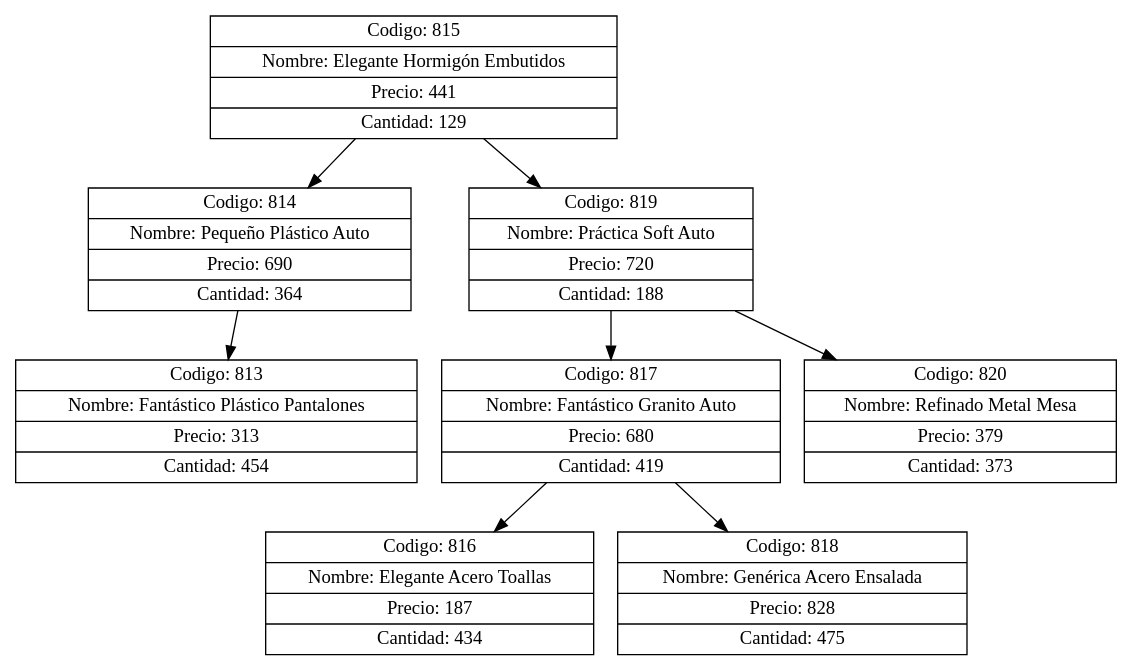
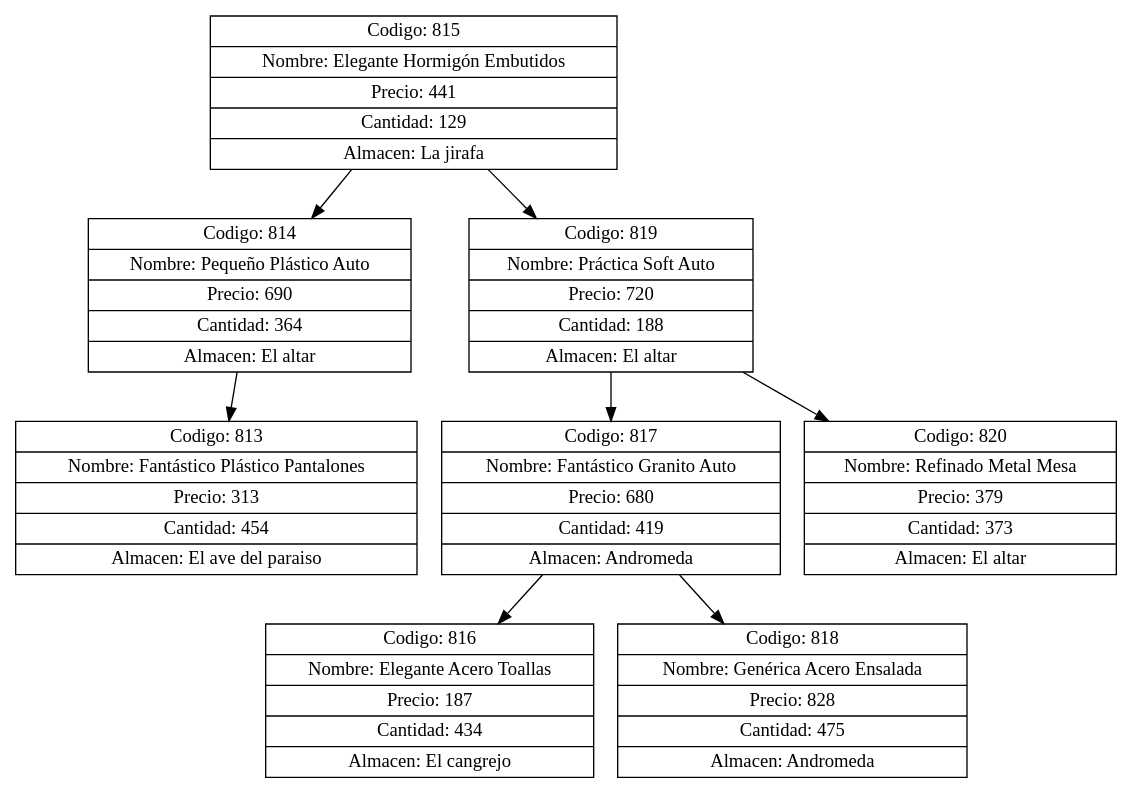
One commit to Pdante1897/EDD_VirtualMall_201700945 changed the diagram in src/Graphviz/files/ArbolAgostoeHijos4.dot. Above: the diagram before and after it, drawn with Graphviz. The commit also changed 91 other files, not shown here.

```diff
--- a/src/Graphviz/files/ArbolAgostoeHijos4.dot
+++ b/src/Graphviz/files/ArbolAgostoeHijos4.dot
@@ -1,18 +1,18 @@
 digraph G{
 node[shape="box" shape="record"]
-nodo815[label="{ Codigo: 815 | Nombre: Elegante Hormigón Embutidos | Precio: 441 | Cantidad: 129}"];
-nodo814[label="{ Codigo: 814 | Nombre: Pequeño Plástico Auto | Precio: 690 | Cantidad: 364}"];
-nodo813[label="{ Codigo: 813 | Nombre: Fantástico Plástico Pantalones | Precio: 313 | Cantidad: 454}"];
+nodo815[label="{ Codigo: 815 | Nombre: Elegante Hormigón Embutidos | Precio: 441 | Cantidad: 129 | Almacen: La jirafa}"];
+nodo814[label="{ Codigo: 814 | Nombre: Pequeño Plástico Auto | Precio: 690 | Cantidad: 364 | Almacen: El altar}"];
+nodo813[label="{ Codigo: 813 | Nombre: Fantástico Plástico Pantalones | Precio: 313 | Cantidad: 454 | Almacen: El ave del paraiso}"];
 nodo814->nodo813;
 nodo815->nodo814;
-nodo819[label="{ Codigo: 819 | Nombre: Práctica Soft Auto | Precio: 720 | Cantidad: 188}"];
-nodo817[label="{ Codigo: 817 | Nombre: Fantástico Granito Auto | Precio: 680 | Cantidad: 419}"];
-nodo816[label="{ Codigo: 816 | Nombre: Elegante Acero Toallas | Precio: 187 | Cantidad: 434}"];
+nodo819[label="{ Codigo: 819 | Nombre: Práctica Soft Auto | Precio: 720 | Cantidad: 188 | Almacen: El altar}"];
+nodo817[label="{ Codigo: 817 | Nombre: Fantástico Granito Auto | Precio: 680 | Cantidad: 419 | Almacen: Andromeda}"];
+nodo816[label="{ Codigo: 816 | Nombre: Elegante Acero Toallas | Precio: 187 | Cantidad: 434 | Almacen: El cangrejo}"];
 nodo817->nodo816;
-nodo818[label="{ Codigo: 818 | Nombre: Genérica Acero Ensalada | Precio: 828 | Cantidad: 475}"];
+nodo818[label="{ Codigo: 818 | Nombre: Genérica Acero Ensalada | Precio: 828 | Cantidad: 475 | Almacen: Andromeda}"];
 nodo817->nodo818;
 nodo819->nodo817;
-nodo820[label="{ Codigo: 820 | Nombre: Refinado Metal Mesa | Precio: 379 | Cantidad: 373}"];
+nodo820[label="{ Codigo: 820 | Nombre: Refinado Metal Mesa | Precio: 379 | Cantidad: 373 | Almacen: El altar}"];
 nodo819->nodo820;
 nodo815->nodo819;
 }
```
